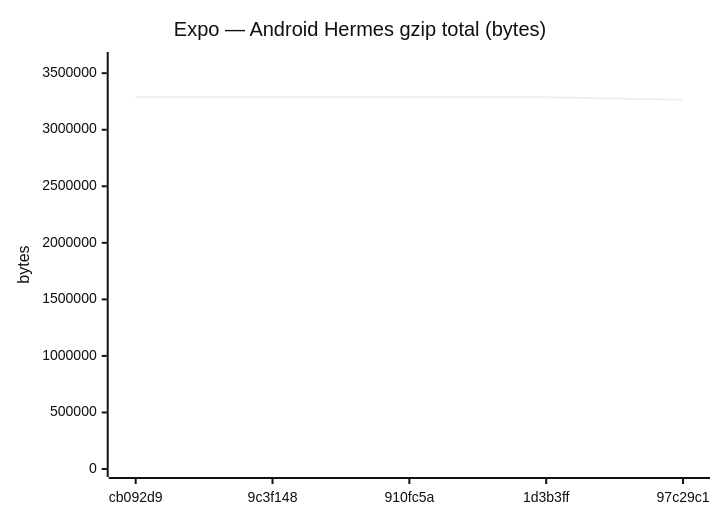
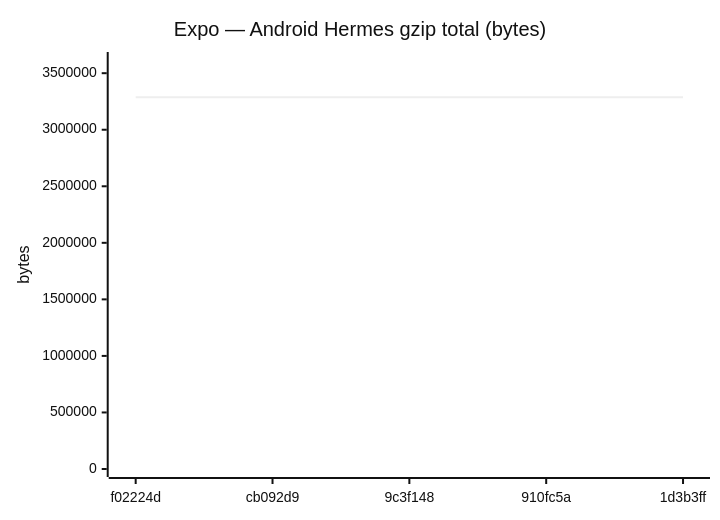
Diagram 11 of 18 in benchmarks/compare.md (Metaheurist/Rianell), drawn with Mermaid (neutral theme) before and after one commit. The commit also changed other lines of this file and 11 other files, not shown here.

````diff
--- a/benchmarks/compare.md
+++ b/benchmarks/compare.md
@@ -172,7 +172,7 @@
 ```mermaid
 xychart-beta
     title "Expo — Android Hermes gzip total (bytes)"
-    x-axis ["cb092d9", "9c3f148", "910fc5a", "1d3b3ff", "97c29c1"]
+    x-axis ["f02224d", "cb092d9", "9c3f148", "910fc5a", "1d3b3ff"]
     y-axis "bytes" 0 --> 3616656
-    line [3287424, 3287424, 3287869, 3287424, 3266092]
+    line [3287426, 3287424, 3287424, 3287869, 3287424]
 ```
````
